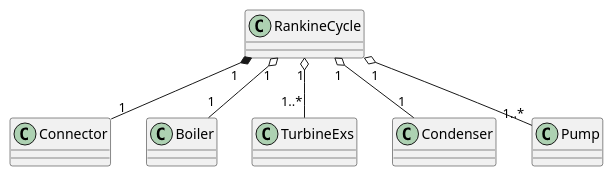
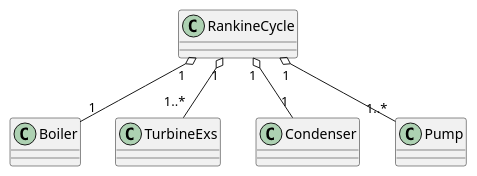
The diagram in uml/RankineCycle_Device.puml (thermalogic/PyRankine), drawn with PlantUML before and after one commit. The commit also changed 6 other files, not shown here.

```diff
--- a/uml/RankineCycle_Device.puml
+++ b/uml/RankineCycle_Device.puml
@@ -1,7 +1,6 @@
 @startuml
-RankineCycle "1" *-- "1" Connector
 RankineCycle "1" o-- "1" Boiler
 RankineCycle "1" o-- "1..*" TurbineExs
 RankineCycle "1" o-- "1" Condenser
 RankineCycle "1" o-- "1..*" Pump
 @enduml
```
